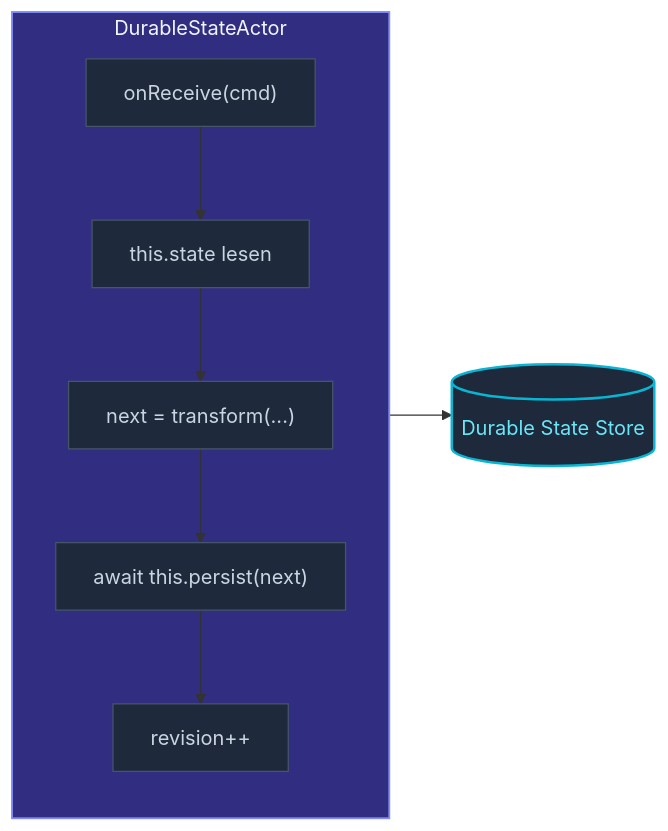
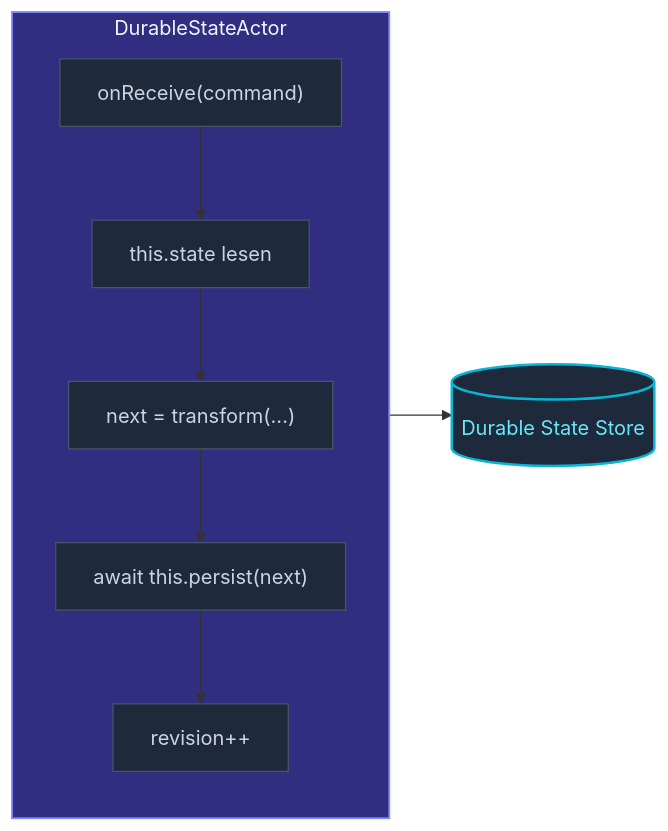
One commit to pathosDev/actor-ts changed the diagram in docs/src/content/docs/de/persistence/durable-state.mdx. Above: the diagram before and after it, drawn with Mermaid. The commit also changed other lines of this file and 185 other files, not shown here.

````diff
--- a/docs/src/content/docs/de/persistence/durable-state.mdx
+++ b/docs/src/content/docs/de/persistence/durable-state.mdx
@@ -11,20 +11,20 @@
 ```mermaid
 flowchart LR
   subgraph DSA["DurableStateActor"]
     direction TB
-    CMD["onReceive(cmd)"]
+    CMD["onReceive(command)"]
     READ["this.state lesen"]
     NEXT["next = transform(...)"]
     PERSIST["await this.persist(next)"]
     REV["revision++"]
     CMD --> READ --> NEXT --> PERSIST --> REV
   end
   STORE[("Durable State Store")]
   PERSIST --> STORE
   classDef actor fill:#312e81,stroke:#818cf8,stroke-width:1.5px,color:#f1f5f9;
   classDef step  fill:#1e293b,stroke:#475569,color:#cbd5e1;
   classDef store fill:#1e293b,stroke:#06b6d4,stroke-width:2px,color:#67e8f9;
   class DSA actor
   class CMD,READ,NEXT,PERSIST,REV step
   class STORE store
 ```
````
